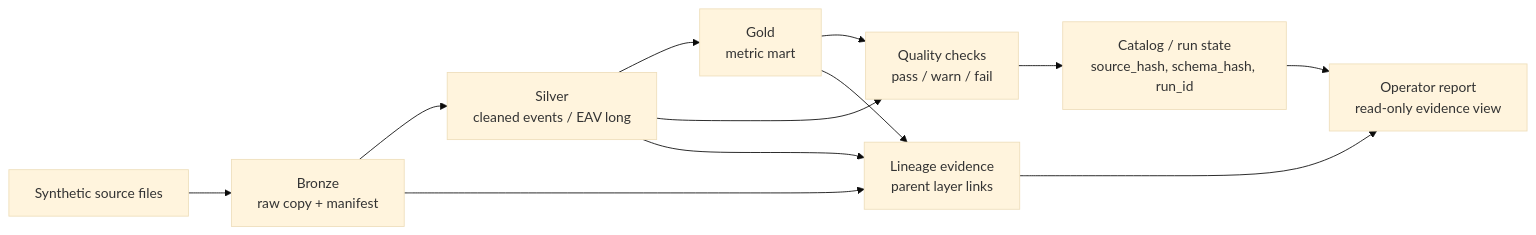
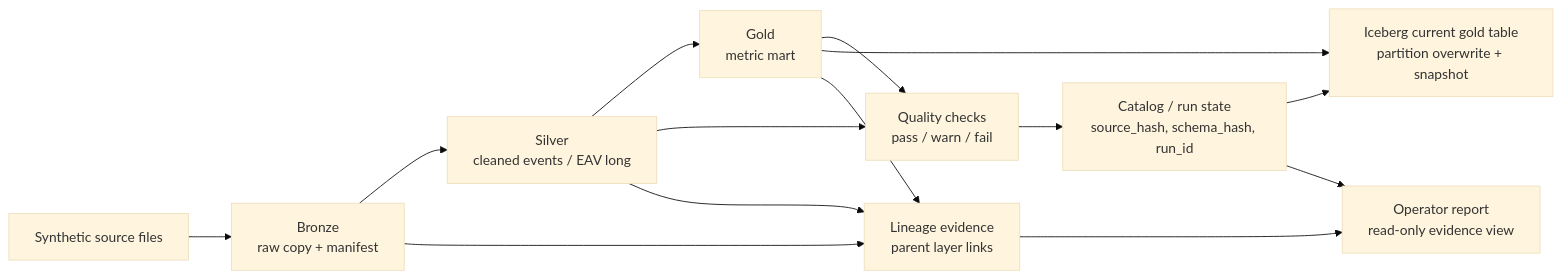
The first of 2 diagrams in PROJECT_PROGRESS_MAP.ko.md (junhyun-dev/manufacturing-data-platform-mini), drawn with Mermaid (base theme) before and after one commit. The commit also changed other lines of this file and 14 other files, not shown here.

````diff
--- a/PROJECT_PROGRESS_MAP.ko.md
+++ b/PROJECT_PROGRESS_MAP.ko.md
@@ -31,21 +31,24 @@
 ```mermaid
 flowchart LR
   raw["Synthetic source files"]
   bronze["Bronze\nraw copy + manifest"]
   silver["Silver\ncleaned events / EAV long"]
   gold["Gold\nmetric mart"]
   quality["Quality checks\npass / warn / fail"]
   catalog["Catalog / run state\nsource_hash, schema_hash, run_id"]
   lineage["Lineage evidence\nparent layer links"]
+  iceberg_current["Iceberg current gold table\npartition overwrite + snapshot"]
   report["Operator report\nread-only evidence view"]
 
   raw --> bronze --> silver --> gold
   silver --> quality
   gold --> quality
   quality --> catalog
+  gold --> iceberg_current
+  catalog --> iceberg_current
   bronze --> lineage
   silver --> lineage
   gold --> lineage
   catalog --> report
   lineage --> report
 ```
````
